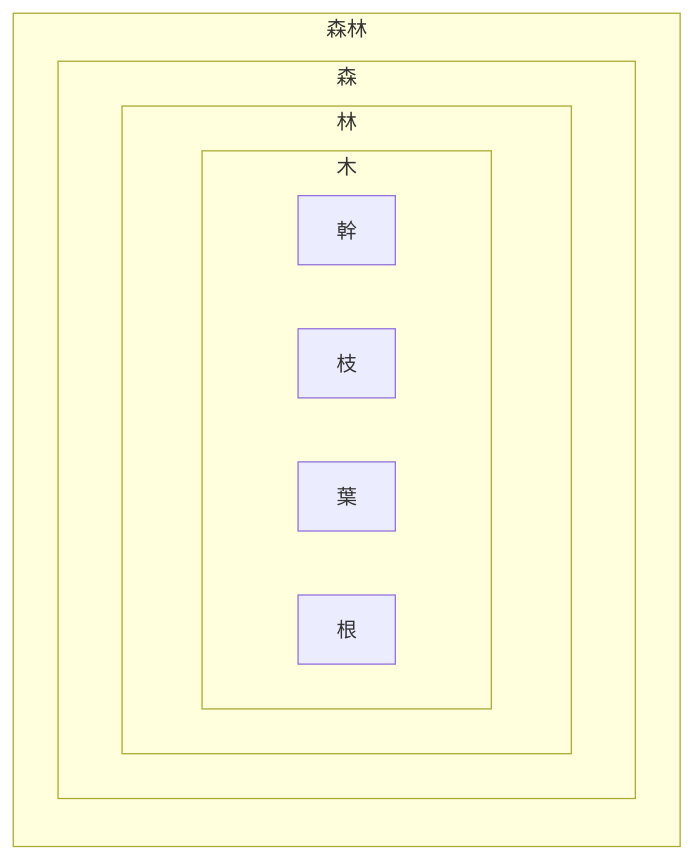
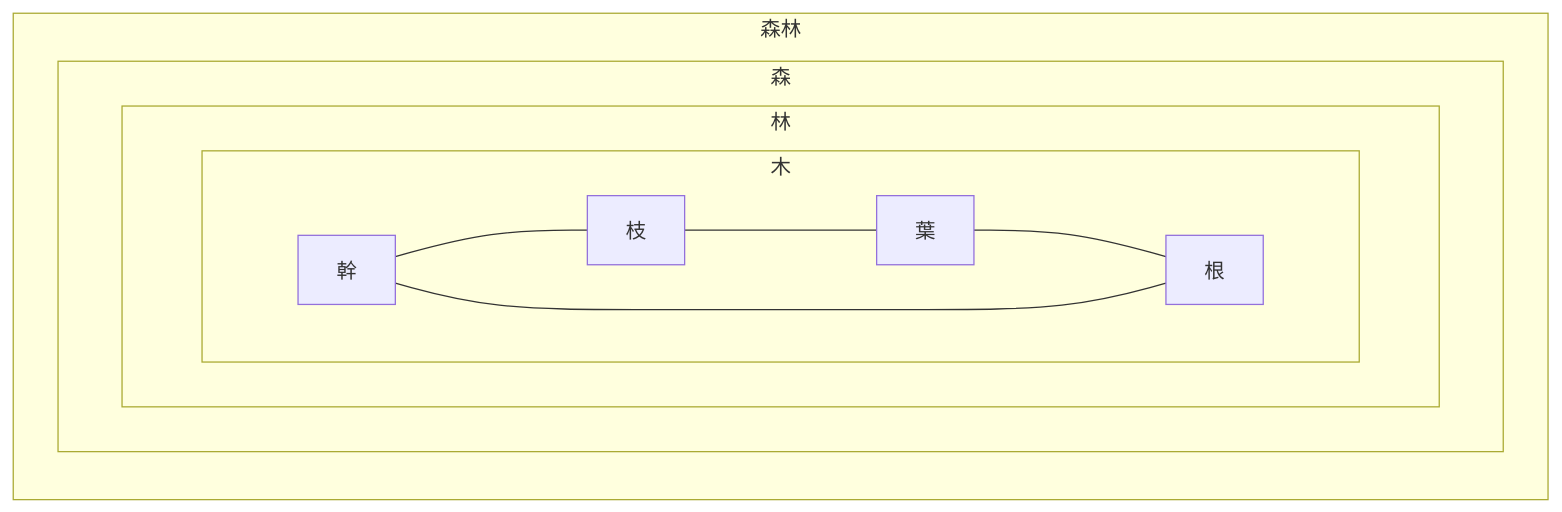
One commit to bebetakumi/mermaid changed the diagram in 遊び用/木.md. Above: the diagram before and after it, drawn with Mermaid.

````diff
--- a/遊び用/木.md
+++ b/遊び用/木.md
@@ -1,15 +1,15 @@
 ```mermaid
 flowchart LR
 subgraph 森林
     subgraph 森
         subgraph 林
             subgraph 木
                 direction LR
-                幹 & 枝 & 葉 & 根
+                幹 --- 枝 --- 葉 --- 根 --- 幹
             end
         end
     end
 end
 
 
 ```
````
